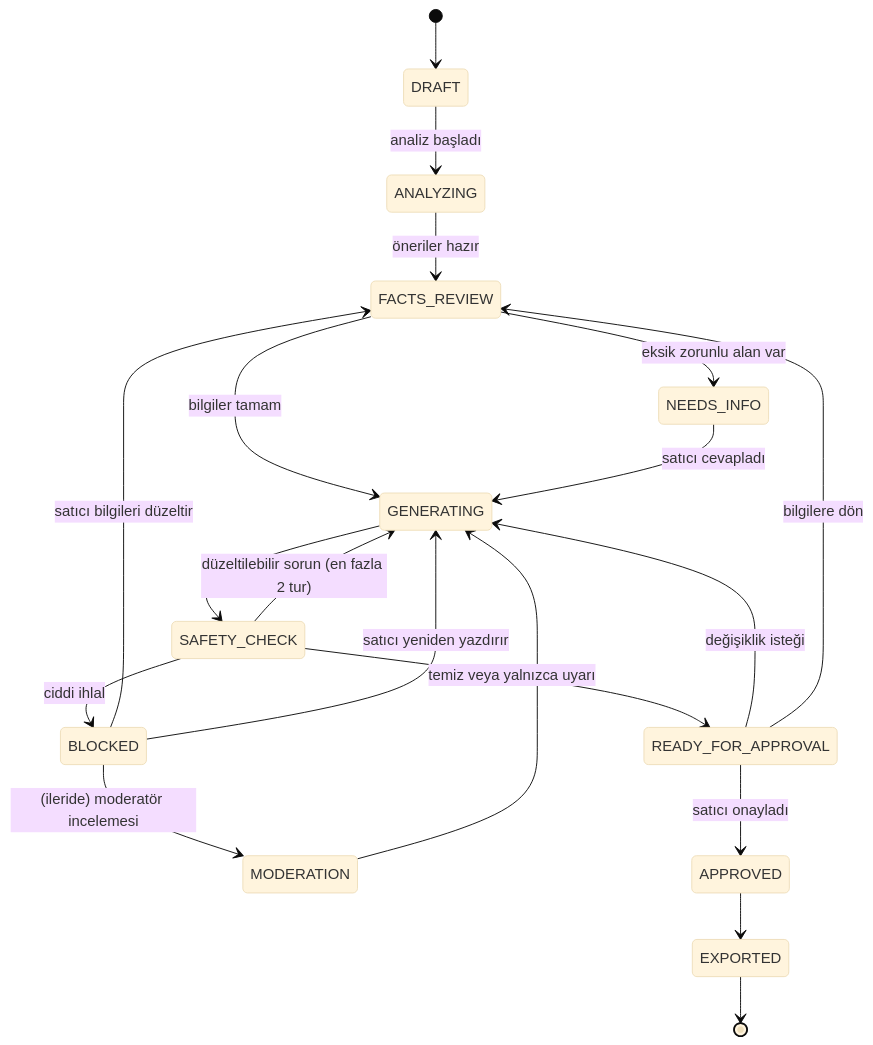
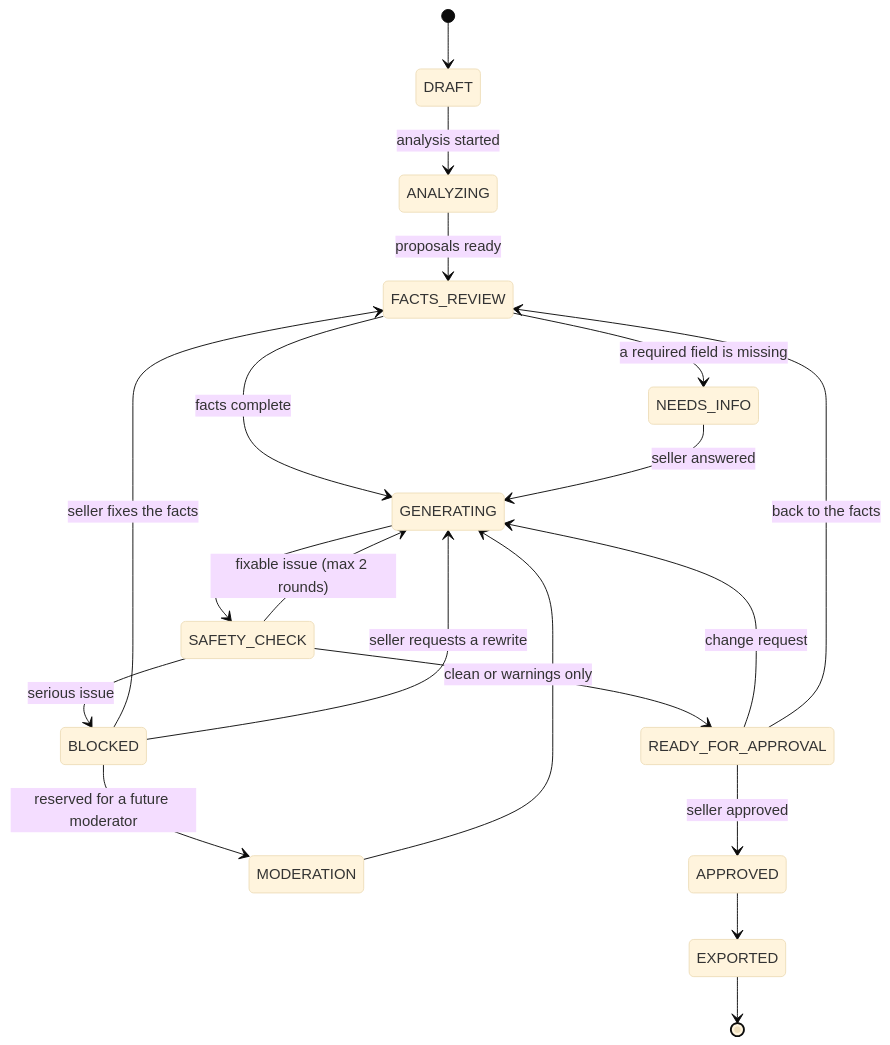
Before and after one commit to ozcivitcagkan/AI-Marketplace-Listing-Assistant: the first of 4 diagrams in docs/architecture.md, drawn with Mermaid (base theme). The commit also changed other lines of this file and 33 other files, not shown here.

Commit message:
Fix review findings, rewrite docs in English

````diff
--- a/docs/architecture.md
+++ b/docs/architecture.md
@@ -54,22 +52,22 @@
 ```mermaid
 stateDiagram-v2
   [*] --> DRAFT
-  DRAFT --> ANALYZING: analiz başladı
-  ANALYZING --> FACTS_REVIEW: öneriler hazır
-  FACTS_REVIEW --> NEEDS_INFO: eksik zorunlu alan var
-  FACTS_REVIEW --> GENERATING: bilgiler tamam
-  NEEDS_INFO --> GENERATING: satıcı cevapladı
+  DRAFT --> ANALYZING: analysis started
+  ANALYZING --> FACTS_REVIEW: proposals ready
+  FACTS_REVIEW --> NEEDS_INFO: a required field is missing
+  FACTS_REVIEW --> GENERATING: facts complete
+  NEEDS_INFO --> GENERATING: seller answered
   GENERATING --> SAFETY_CHECK
-  SAFETY_CHECK --> GENERATING: düzeltilebilir sorun (en fazla 2 tur)
-  SAFETY_CHECK --> BLOCKED: ciddi ihlal
-  SAFETY_CHECK --> READY_FOR_APPROVAL: temiz veya yalnızca uyarı
-  BLOCKED --> FACTS_REVIEW: satıcı bilgileri düzeltir
-  BLOCKED --> GENERATING: satıcı yeniden yazdırır
-  BLOCKED --> MODERATION: (ileride) moderatör incelemesi
+  SAFETY_CHECK --> GENERATING: fixable issue (max 2 rounds)
+  SAFETY_CHECK --> BLOCKED: serious issue
+  SAFETY_CHECK --> READY_FOR_APPROVAL: clean or warnings only
+  BLOCKED --> FACTS_REVIEW: seller fixes the facts
+  BLOCKED --> GENERATING: seller requests a rewrite
+  BLOCKED --> MODERATION: reserved for a future moderator
   MODERATION --> GENERATING
-  READY_FOR_APPROVAL --> GENERATING: değişiklik isteği
-  READY_FOR_APPROVAL --> FACTS_REVIEW: bilgilere dön
-  READY_FOR_APPROVAL --> APPROVED: satıcı onayladı
+  READY_FOR_APPROVAL --> GENERATING: change request
+  READY_FOR_APPROVAL --> FACTS_REVIEW: back to the facts
+  READY_FOR_APPROVAL --> APPROVED: seller approved
   APPROVED --> EXPORTED
   EXPORTED --> [*]
 ```
````
